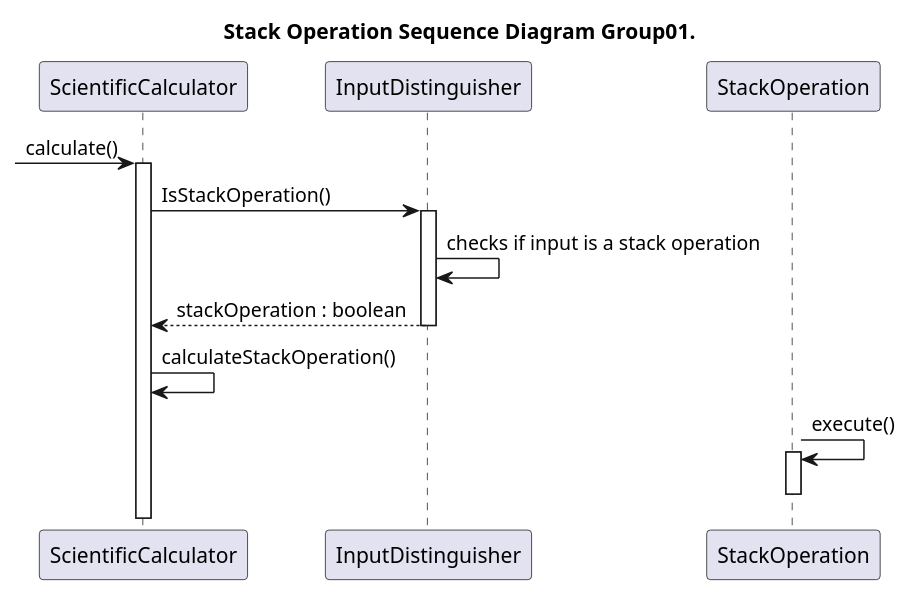
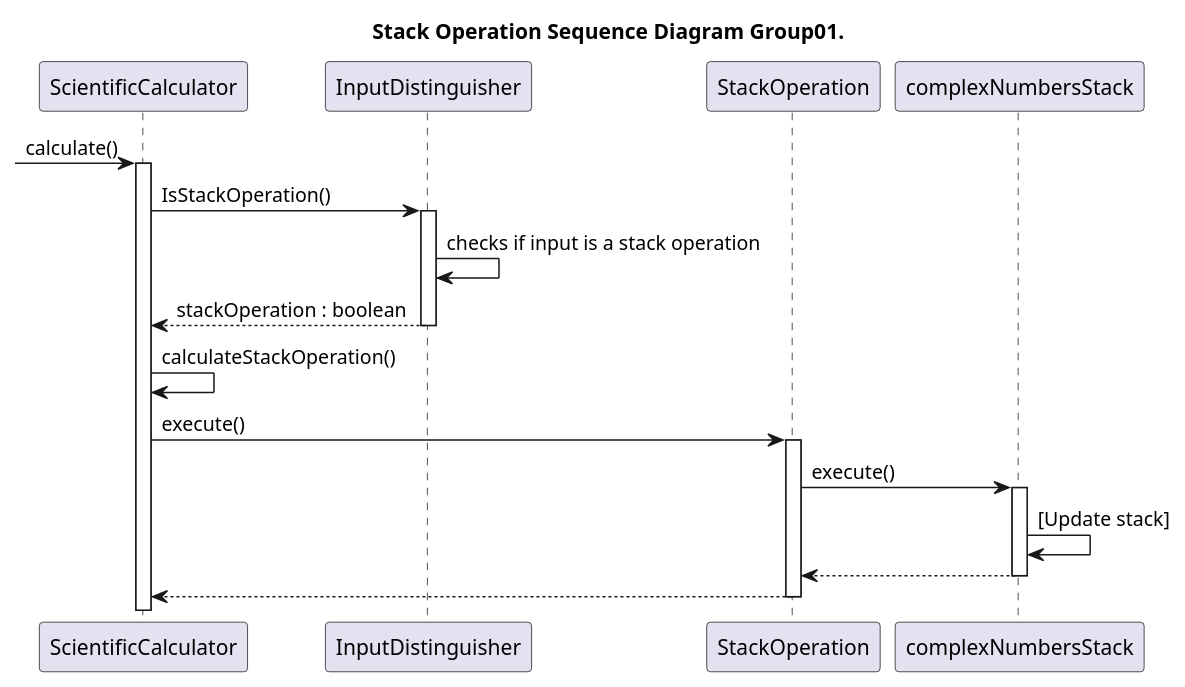
One commit to CiroCutolo/Scientific_Calculator_group01_2023 changed the diagram in sequence_diagram/StackOperation_SequenceDiagram_Group01.puml. Above: the diagram before and after it, drawn with PlantUML. The commit also changed 10 other files, not shown here.

Commit message:
Modifiche apportate ad i sequence diagrams.

```diff
--- a/sequence_diagram/StackOperation_SequenceDiagram_Group01.puml
+++ b/sequence_diagram/StackOperation_SequenceDiagram_Group01.puml
@@ -1,23 +1,30 @@
 @startuml StackOperation_SequenceDiagram_Group01
 
 title Stack Operation Sequence Diagram Group01.
 
 participant ScientificCalculator as calc
 participant InputDistinguisher as input
 participant StackOperation as stack
+participant complexNumbersStack as num_stack
 
 -> calc:calculate()
 activate calc
 
 calc -> input : IsStackOperation()
 activate input
 input -> input : checks if input is a stack operation
 input --> calc : stackOperation : boolean
 deactivate input
 
 calc -> calc : calculateStackOperation()
-stack -> stack : execute()
+calc -> stack : execute()
 activate stack
+stack -> num_stack : execute()
+activate num_stack
+num_stack -> num_stack : [Update stack]
+num_stack --> stack
+deactivate num_stack
+stack --> calc
 deactivate stack
 
 @enduml
```
